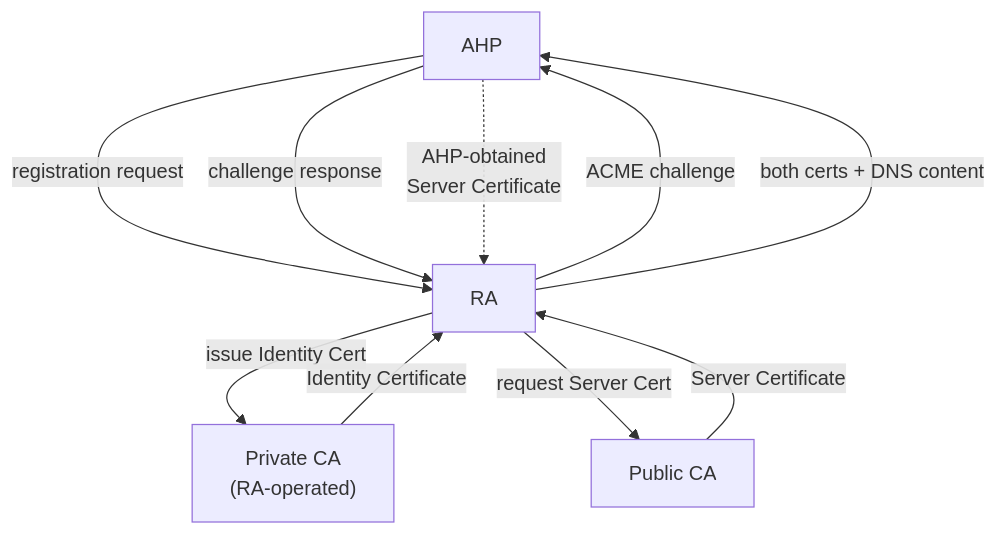
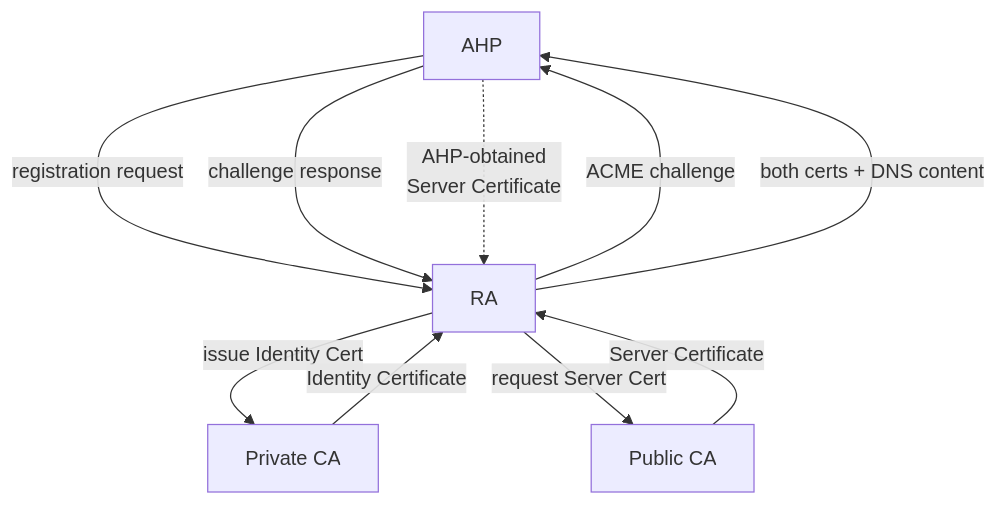
The second of 5 diagrams in DESIGN.md (agentnameservice/ans-registry), drawn with Mermaid before and after one commit. The commit also changed other lines of this file and 2 other files, not shown here.

````diff
--- a/DESIGN.md
+++ b/DESIGN.md
@@ -210,12 +237,12 @@
 ```mermaid
 graph TD
     AHP["AHP"] -->|"registration request"| RA["RA"]
     RA -->|"ACME challenge"| AHP
     AHP -->|"challenge response"| RA
-    RA -->|"issue Identity Cert"| PriCA["Private CA<br/>(RA-operated)"]
+    RA -->|"issue Identity Cert"| PriCA["Private CA"]
     PriCA -->|"Identity Certificate"| RA
     RA -->|"request Server Cert"| PubCA["Public CA"]
     PubCA -->|"Server Certificate"| RA
     AHP -..->|"AHP-obtained<br/>Server Certificate"| RA
     RA -->|"both certs + DNS content"| AHP
 ```
````
